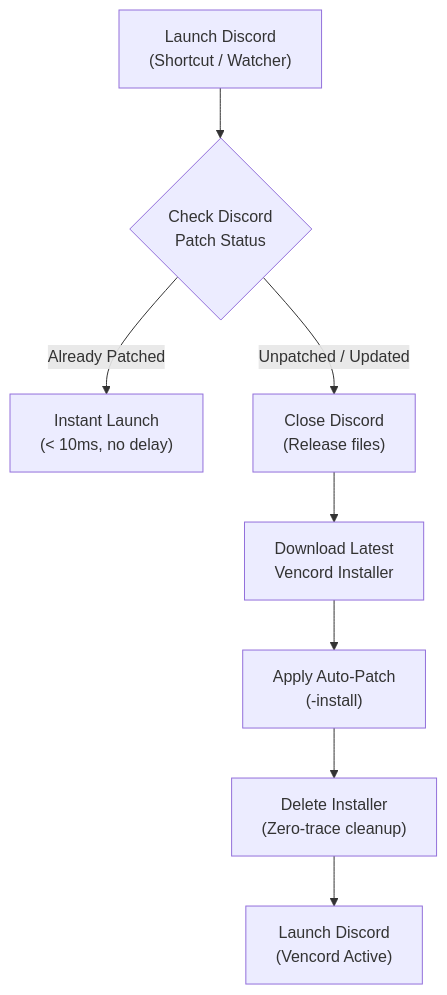
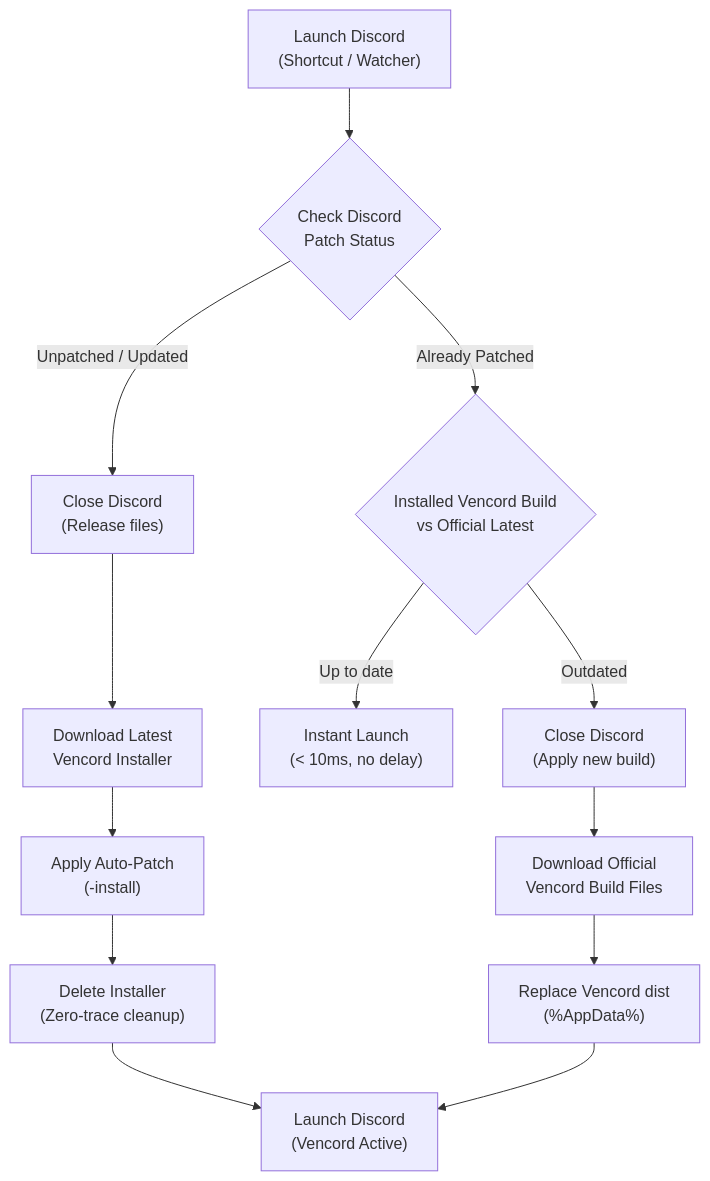
Before and after one commit to eclipse999/VencordFix: the diagram in README.md, drawn with Mermaid. The commit also changed other lines of this file and 10 other files, not shown here.

First line of the commit message:
feat: auto-sync official Vencord build before launch with persistent config

````diff
--- a/README.md
+++ b/README.md
@@ -72,10 +75,15 @@
 ```mermaid
 flowchart TD
     A["Launch Discord<br/>(Shortcut / Watcher)"] --> B{"Check Discord<br/>Patch Status"}
-    B -->|Already Patched| C["Instant Launch<br/>(&lt; 10ms, no delay)"]
     B -->|Unpatched / Updated| D["Close Discord<br/>(Release files)"]
     D --> E["Download Latest<br/>Vencord Installer"]
     E --> F["Apply Auto-Patch<br/>(-install)"]
     F --> G["Delete Installer<br/>(Zero-trace cleanup)"]
     G --> H["Launch Discord<br/>(Vencord Active)"]
+    B -->|Already Patched| I{"Installed Vencord Build<br/>vs Official Latest"}
+    I -->|Up to date| C["Instant Launch<br/>(&lt; 10ms, no delay)"]
+    I -->|Outdated| J["Close Discord<br/>(Apply new build)"]
+    J --> K["Download Official<br/>Vencord Build Files"]
+    K --> L["Replace Vencord dist<br/>(%AppData%)"]
+    L --> H
 ```
````
